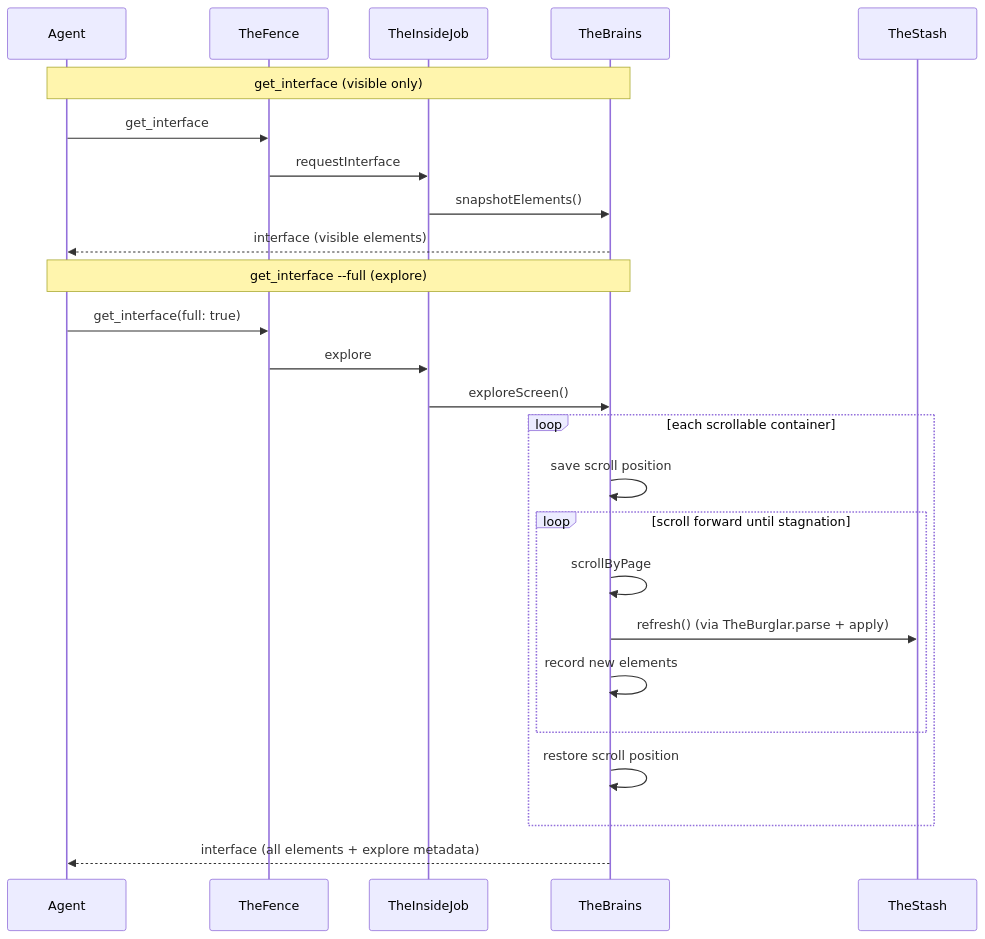
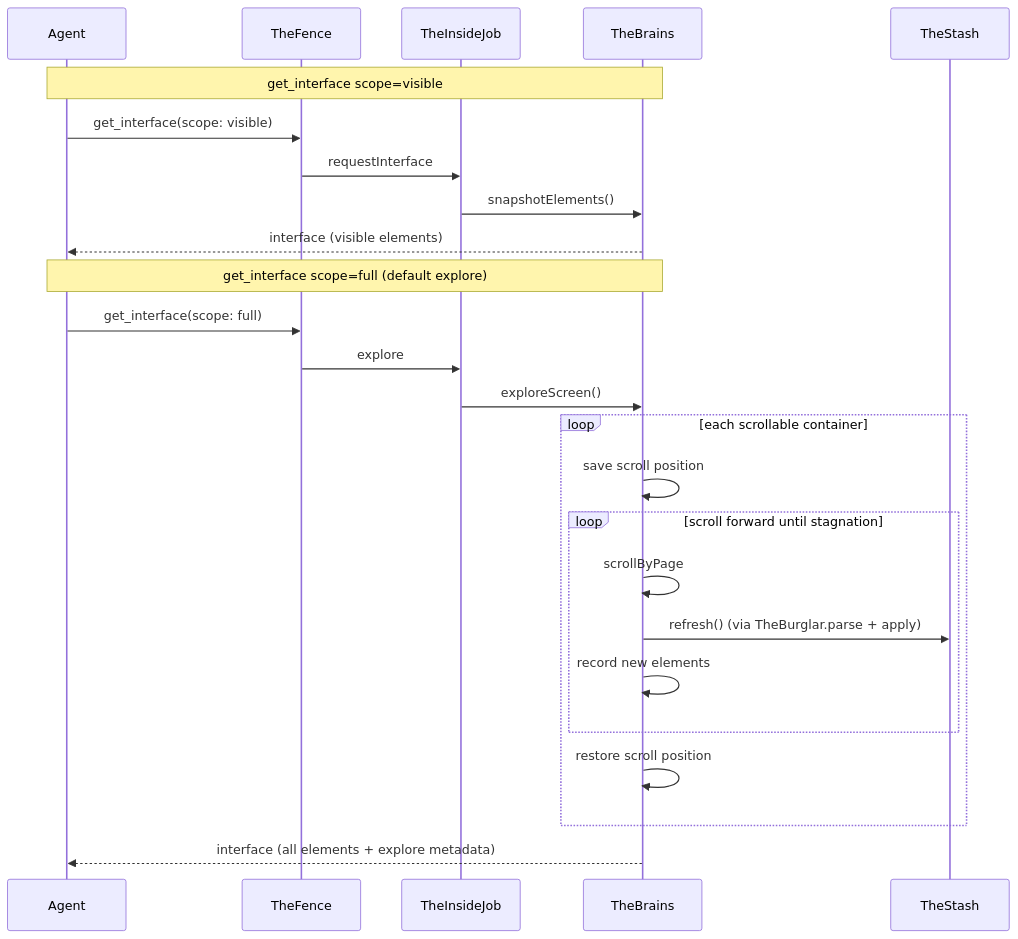
The second of 5 diagrams in docs/WIRE-PROTOCOL.md (RoyalPineapple/TheButtonHeist), drawn with Mermaid before and after one commit. The commit also changed other lines of this file and 13 other files, not shown here.

Commit message:
Add get_interface scope semantics

````diff
--- a/docs/WIRE-PROTOCOL.md
+++ b/docs/WIRE-PROTOCOL.md
@@ -905,30 +905,30 @@
 ```mermaid
 sequenceDiagram
     participant Agent
     participant TheFence
     participant TheInsideJob
     participant TheBrains
 
-    Note over Agent,TheBrains: get_interface (visible only)
-    Agent->>TheFence: get_interface
+    Note over Agent,TheBrains: get_interface scope=visible
+    Agent->>TheFence: get_interface(scope: visible)
     TheFence->>TheInsideJob: requestInterface
     TheInsideJob->>TheBrains: snapshotElements()
     TheBrains-->>Agent: interface (visible elements)
 
-    Note over Agent,TheBrains: get_interface --full (explore)
-    Agent->>TheFence: get_interface(full: true)
+    Note over Agent,TheBrains: get_interface scope=full (default explore)
+    Agent->>TheFence: get_interface(scope: full)
     TheFence->>TheInsideJob: explore
     TheInsideJob->>TheBrains: exploreScreen()
 
     loop each scrollable container
         TheBrains->>TheBrains: save scroll position
         loop scroll forward until stagnation
             TheBrains->>TheBrains: scrollByPage
             TheBrains->>TheStash: refresh() (via TheBurglar.parse + apply)
             TheBrains->>TheBrains: record new elements
         end
         TheBrains->>TheBrains: restore scroll position
     end
 
     TheBrains-->>Agent: interface (all elements + explore metadata)
 ```
````
